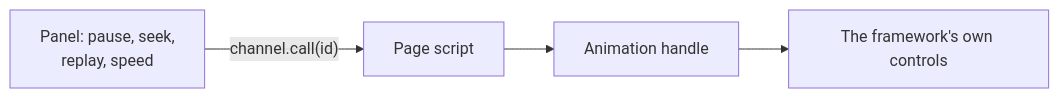
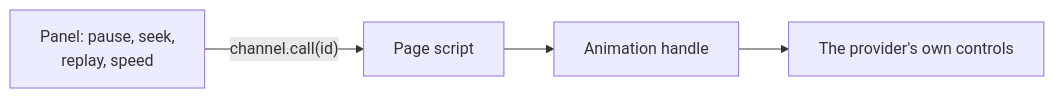
One commit to StevenJPx2/nugget changed the fifth of 7 diagrams in docs/plans/providers-plugins-devtools.md. Above: the diagram before and after it, drawn with Mermaid. The commit also changed other lines of this file, not shown here.

Commit message:
docs(plan): provider plugins in nugget.config.ts and the core design

````diff
--- a/docs/plans/providers-plugins-devtools.md
+++ b/docs/plans/providers-plugins-devtools.md
@@ -128,6 +278,6 @@
 ```mermaid
 flowchart LR
     UI["Panel: pause, seek,<br/>replay, speed"] -- "channel.call(id)" --> PS["Page script"]
     PS --> Handle["Animation handle"]
-    Handle --> Lib["The framework's own controls"]
+    Handle --> Lib["The provider's own controls"]
 ```
````
